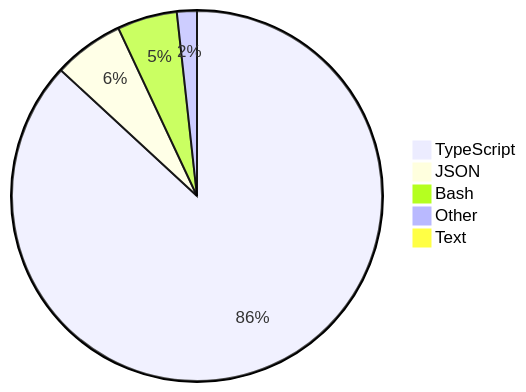
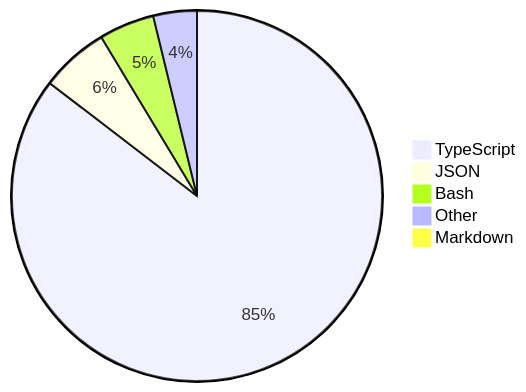
The diagram in README.md (skvggor/skvggor), drawn with Mermaid before and after one commit.

Commit message:
Updated waka-readme graph with new metrics

````diff
--- a/README.md
+++ b/README.md
@@ -16,8 +16,8 @@
 ```mermaid
 pie
-    "TypeScript" : 84.7
-    "JSON" : 6.0
-    "Bash" : 5.1
-    "Other" : 1.7
-    "Text" : 0.9
+    "TypeScript" : 83.1
+    "JSON" : 5.8
+    "Bash" : 4.7
+    "Other" : 3.7
+    "Markdown" : 0.9
 ```
````
